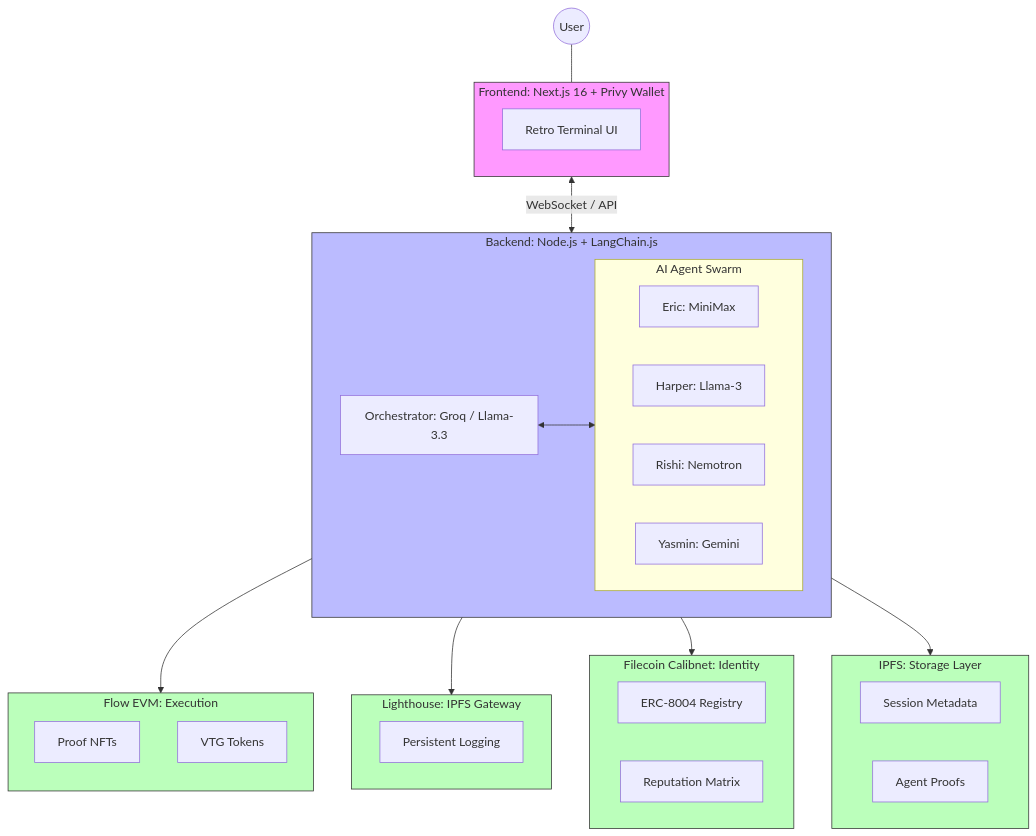
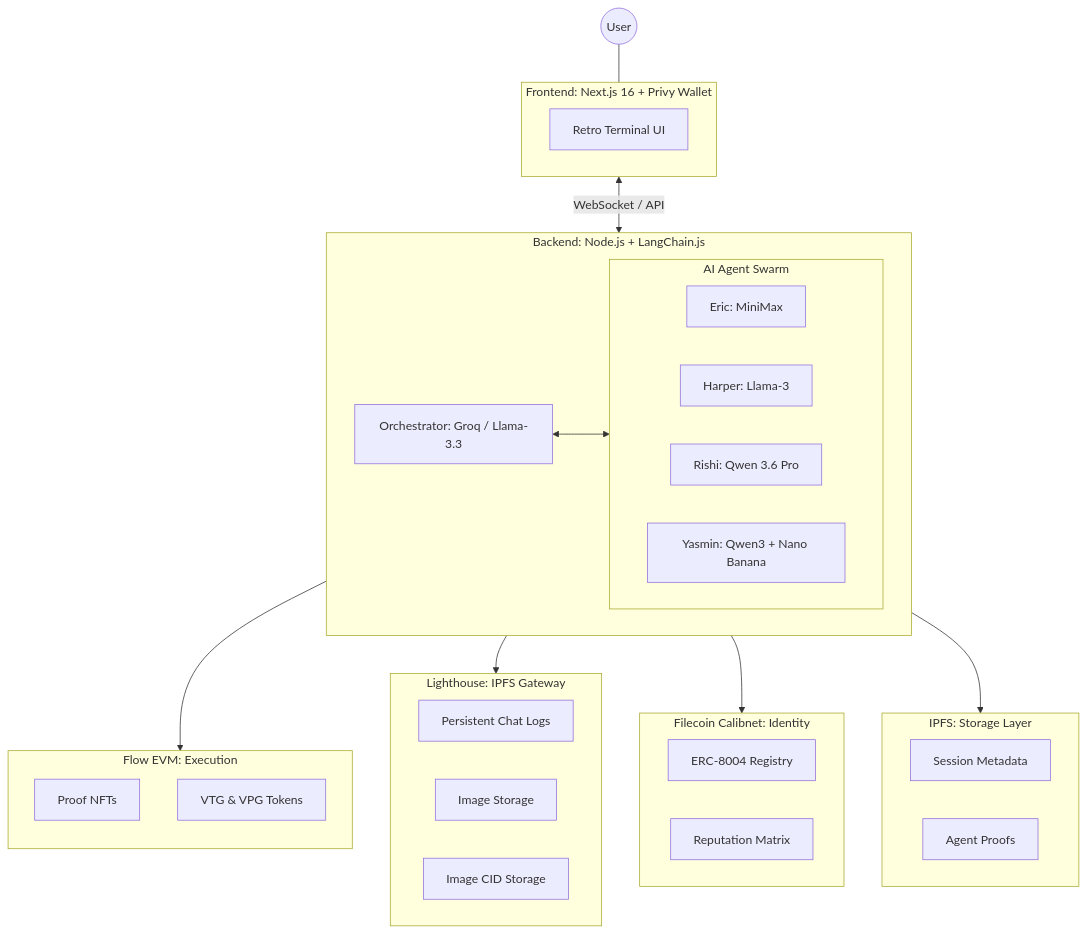
Before and after one commit to charlesms1246/vantage-labs: the diagram in README.md, drawn with Mermaid.

Commit message:
Revise architecture diagram and agent names

````diff
--- a/README.md
+++ b/README.md
@@ -26,56 +26,54 @@
 ```mermaid
 graph TD
-    classDef frontend fill:#f9f,stroke:#333,stroke-width:1px;
-    classDef backend fill:#bbf,stroke:#333,stroke-width:1px;
-    classDef infra fill:#bfb,stroke:#333,stroke-width:1px;
-
     User((User)) --- FE
     
     subgraph FE [Frontend: Next.js 16 + Privy Wallet]
         direction LR
         UI[Retro Terminal UI]
     end
 
     FE <-->|WebSocket / API| BE
 
     subgraph BE [Backend: Node.js + LangChain.js]
         ORC[Orchestrator: Groq / Llama-3.3]
         subgraph Swarm [AI Agent Swarm]
             direction LR
             Eric[Eric: MiniMax]
             Harper[Harper: Llama-3]
-            Rishi[Rishi: Nemotron]
-            Yasmin[Yasmin: Gemini]
+            Rishi[Rishi: Qwen 3.6 Pro]
+            Yasmin[Yasmin: Qwen3 + Nano Banana]
         end
         ORC <--> Swarm
     end
 
     BE --> FLOW
     BE --> LH
     BE --> FIL
     BE --> IPFS
 
     subgraph FLOW [Flow EVM: Execution]
         direction TB
         F1[Proof NFTs]
-        F2[VTG Tokens]
+        F2[VTG & VPG Tokens]
     end
 
     subgraph LH [Lighthouse: IPFS Gateway]
-        L1[Persistent Logging]
+        L1[Persistent Chat Logs]
+        L2[Image Storage]
+        L3[Image CID Storage]
     end
 
     subgraph FIL [Filecoin Calibnet: Identity]
         FC1[ERC-8004 Registry]
         FC2[Reputation Matrix]
     end
 
     subgraph IPFS [IPFS: Storage Layer]
         I1[Session Metadata]
         I2[Agent Proofs]
     end
 
     class FE frontend;
     class BE backend;
     class FLOW,LH,FIL,IPFS infra;
 ```
````
